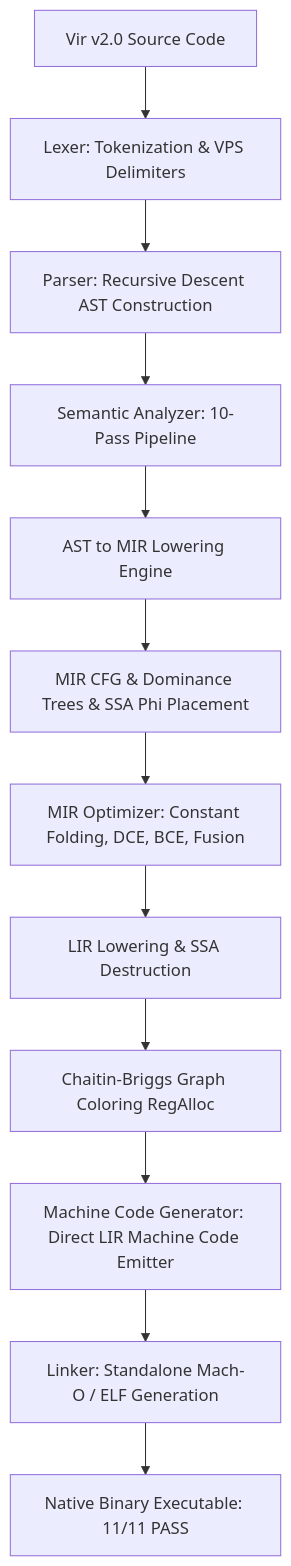
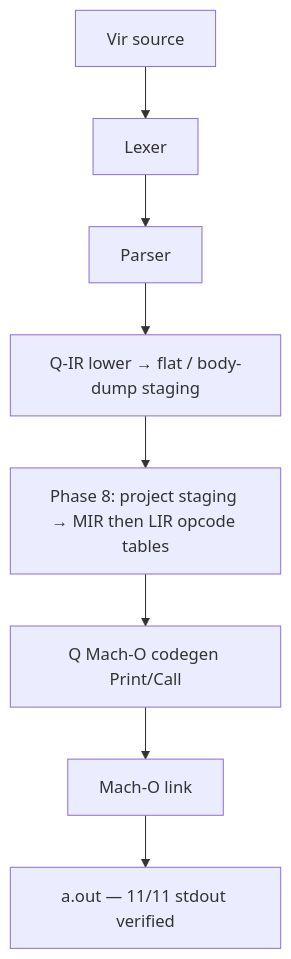
Before and after one commit to virgori/Vir-lang: the diagram in MUST_READ_CONTEXT/CURRENT_STATUS_2026_07_25.md, drawn with Mermaid. The commit also changed other lines of this file and 1 other file, not shown here.

First line of the commit message:
feat(bootstrap): Phase 8 MIR/LIR flat tables from Q staging

````diff
--- a/MUST_READ_CONTEXT/CURRENT_STATUS_2026_07_25.md
+++ b/MUST_READ_CONTEXT/CURRENT_STATUS_2026_07_25.md
@@ -10,15 +10,10 @@
 ```mermaid
 graph TD
-    SRC[Vir v2.0 Source Code] --> LEX[Lexer: Tokenization & VPS Delimiters]
-    LEX --> PAR[Parser: Recursive Descent AST Construction]
-    PAR --> SEM[Semantic Analyzer: 10-Pass Pipeline]
-    
-    SEM --> AST_MIR[AST to MIR Lowering Engine]
-    AST_MIR --> SSA[MIR CFG & Dominance Trees & SSA Phi Placement]
-    SSA --> OPT[MIR Optimizer: Constant Folding, DCE, BCE, Fusion]
-    OPT --> LIR[LIR Lowering & SSA Destruction]
-    LIR --> REG[Chaitin-Briggs Graph Coloring RegAlloc]
-    REG --> CG[Machine Code Generator: Direct LIR Machine Code Emitter]
-    CG --> LINK[Linker: Standalone Mach-O / ELF Generation]
-    LINK --> BIN[Native Binary Executable: 11/11 PASS]
+    SRC[Vir source] --> LEX[Lexer]
+    LEX --> PAR[Parser]
+    PAR --> QIR[Q-IR lower → flat / body-dump staging]
+    QIR --> P8[Phase 8: project staging → MIR then LIR opcode tables]
+    P8 --> CG[Q Mach-O codegen Print/Call]
+    CG --> LINK[Mach-O link]
+    LINK --> BIN[a.out — 11/11 stdout verified]
 ```
````
